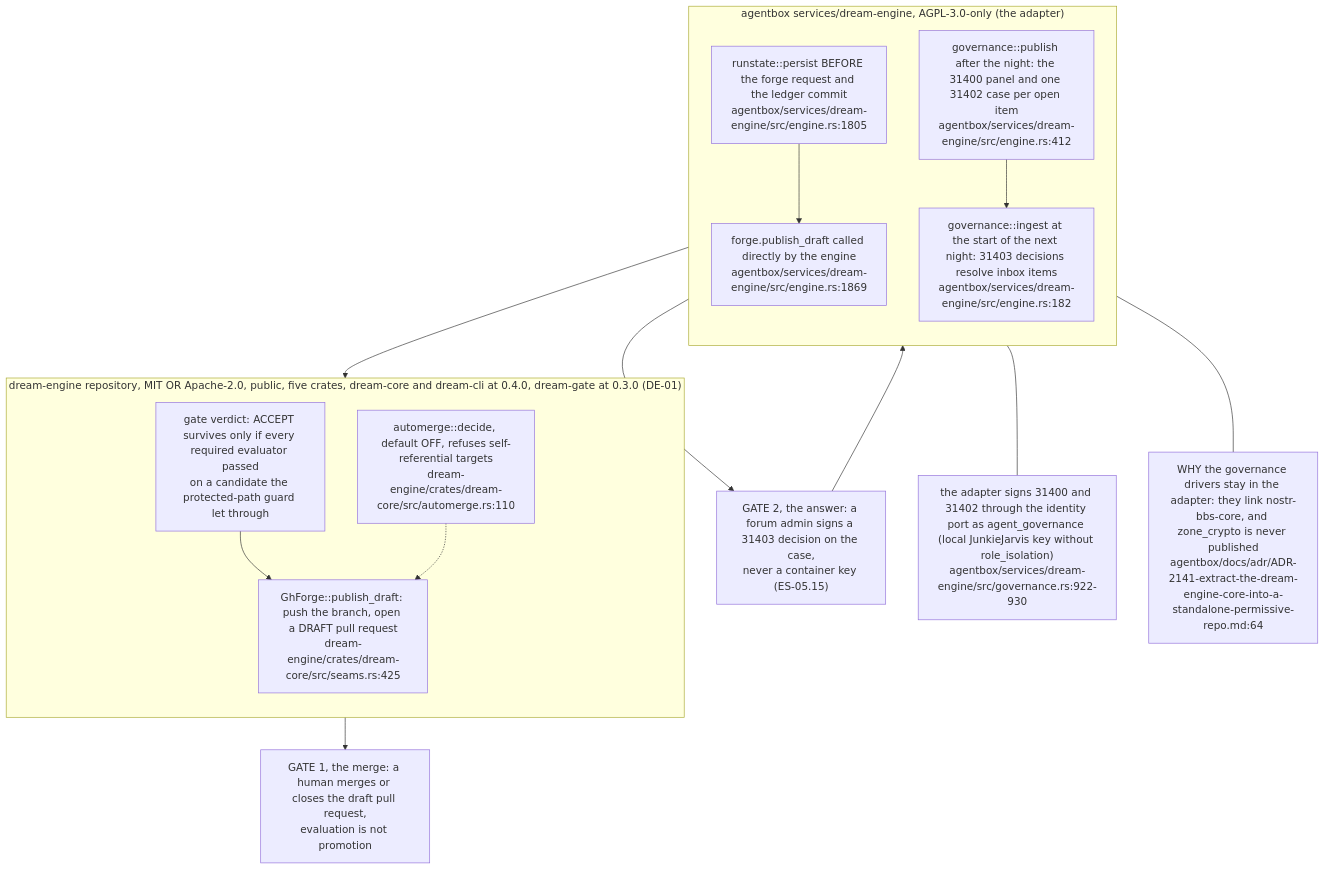
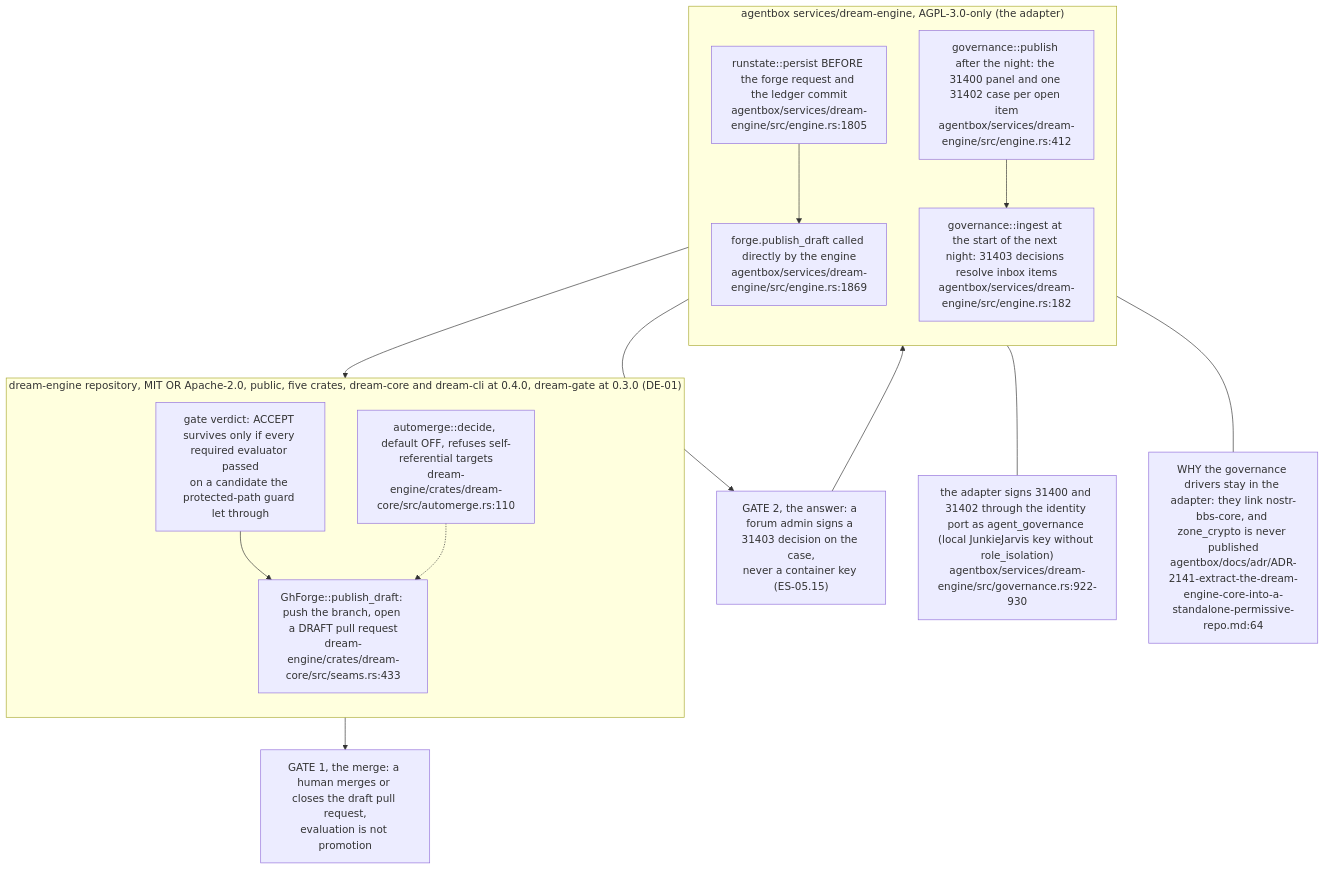
Before and after one commit to DreamLab-AI/VisionFlow: diagram 12 of 12 in docs/diagrams/estate/05-governance-loop-across-estate.md, drawn with Mermaid. The commit also changed other lines of this file and 6 other files, not shown here.

````diff
--- a/docs/diagrams/estate/05-governance-loop-across-estate.md
+++ b/docs/diagrams/estate/05-governance-loop-across-estate.md
@@ -395,30 +398,30 @@
 ```mermaid
 flowchart TB
     subgraph CORE["dream-engine repository, MIT OR Apache-2.0, public, five crates, dream-core and dream-cli at 0.4.0, dream-gate at 0.3.0 (DE-01)"]
         direction TB
         VER["gate verdict: ACCEPT survives only if every required evaluator passed<br/>on a candidate the protected-path guard let through"]
-        FG["GhForge::publish_draft: push the branch, open a DRAFT pull request<br/>dream-engine/crates/dream-core/src/seams.rs:425"]
+        FG["GhForge::publish_draft: push the branch, open a DRAFT pull request<br/>dream-engine/crates/dream-core/src/seams.rs:433"]
         AM["automerge::decide, default OFF, refuses self-referential targets<br/>dream-engine/crates/dream-core/src/automerge.rs:110"]
         VER --> FG
         AM -.-> FG
     end
     subgraph ADAPT["agentbox services/dream-engine, AGPL-3.0-only (the adapter)"]
         direction TB
         PER["runstate::persist BEFORE the forge request and the ledger commit<br/>agentbox/services/dream-engine/src/engine.rs:1805"]
         PUB["forge.publish_draft called directly by the engine<br/>agentbox/services/dream-engine/src/engine.rs:1869"]
         GOVP["governance::publish after the night: the 31400 panel and one 31402 case per open item<br/>agentbox/services/dream-engine/src/engine.rs:412"]
         GOVI["governance::ingest at the start of the next night: 31403 decisions resolve inbox items<br/>agentbox/services/dream-engine/src/engine.rs:182"]
         PER --> PUB
         GOVP --> GOVI
     end
     PUB --> FG
     PRM["GATE 1, the merge: a human merges or closes the draft pull request,<br/>evaluation is not promotion"]
     FG --> PRM
     FORUM["GATE 2, the answer: a forum admin signs a 31403 decision on the case,<br/>never a container key (ES-05.15)"]
     GOVP --> FORUM
     FORUM --> GOVI
     SIGN["the adapter signs 31400 and 31402 through the identity port as agent_governance (local JunkieJarvis key without role_isolation)<br/>agentbox/services/dream-engine/src/governance.rs:922-930"]
     GOVP --- SIGN
     WHY["WHY the governance drivers stay in the adapter: they link nostr-bbs-core, and zone_crypto is never published<br/>agentbox/docs/adr/ADR-2141-extract-the-dream-engine-core-into-a-standalone-permissive-repo.md:64"]
     ADAPT --- WHY
 ```
````
